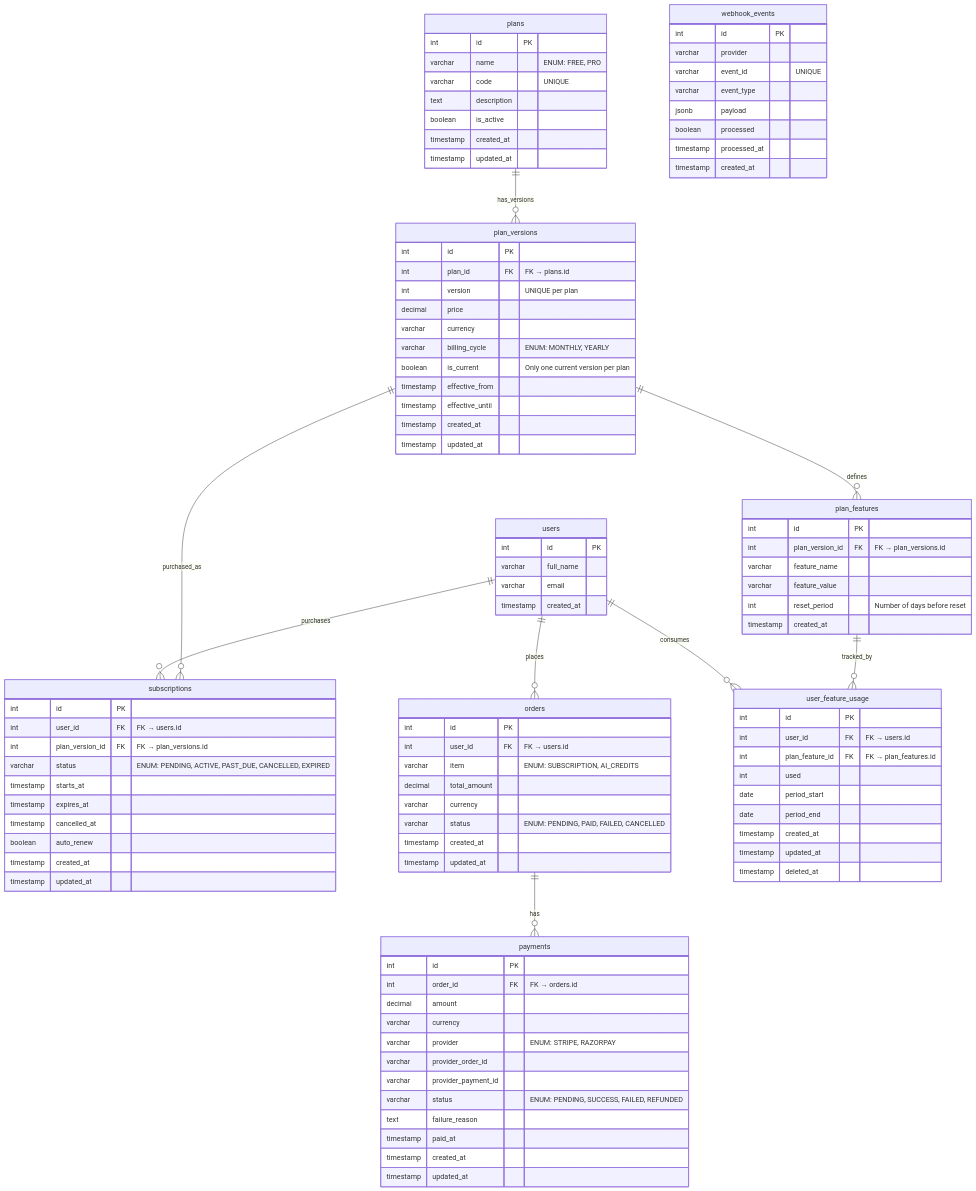
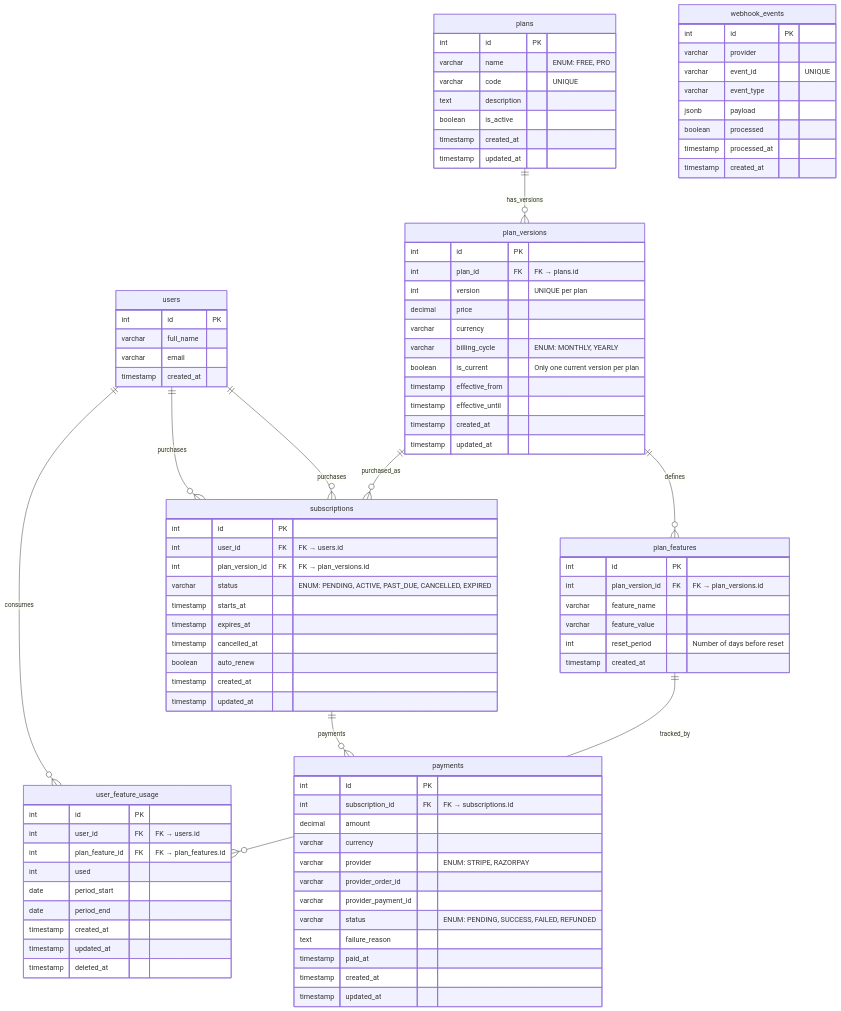
Before and after one commit to sharma-dikshant/TestFlow-Docs: the second of 2 diagrams in docs/erd.md, drawn with Mermaid.

Commit message:
docs: remove order relation

```diff
--- a/docs/erd.md
+++ b/docs/erd.md
@@ -243,20 +243,9 @@
         timestamp updated_at
     }
 
-    orders {
-        int id PK
-        int user_id FK "FK → users.id"
-        varchar item "ENUM: SUBSCRIPTION, AI_CREDITS"
-        decimal total_amount
-        varchar currency
-        varchar status "ENUM: PENDING, PAID, FAILED, CANCELLED"
-        timestamp created_at
-        timestamp updated_at
-    }
-
     payments {
         int id PK
-        int order_id FK "FK → orders.id"
+        int subscription_id FK "FK → subscriptions.id"
         decimal amount
         varchar currency
         varchar provider "ENUM: STRIPE, RAZORPAY"
@@ -299,8 +288,8 @@
     plan_versions ||--o{ subscriptions : purchased_as
 
     %% Billing relationships
-    users ||--o{ orders : places
-    orders ||--o{ payments : has
+    users ||--o{ subscriptions : purchases
+    subscriptions ||--o{ payments : payments
 
     %% Usage relationships
     users ||--o{ user_feature_usage : consumes
```
